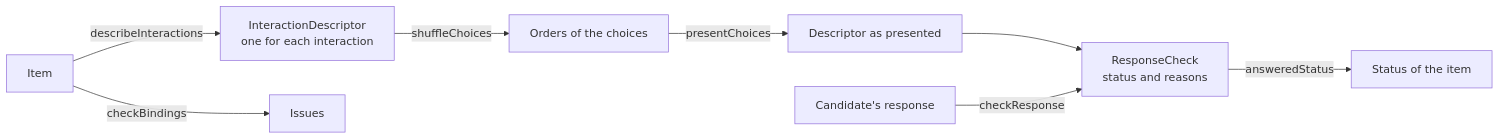
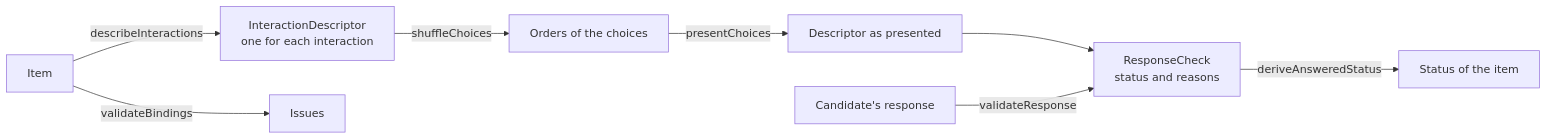
One commit to assesskit/assesskit changed the diagram in docs/runtime/interactions.md. Above: the diagram before and after it, drawn with Mermaid. The commit also changed other lines of this file and 285 other files, not shown here.

````diff
--- a/docs/runtime/interactions.md
+++ b/docs/runtime/interactions.md
@@ -8,16 +8,16 @@
 ```mermaid
 flowchart LR
   item["Item"]
   descriptors["InteractionDescriptor<br/>one for each interaction"]
   order["Orders of the choices"]
   presented["Descriptor as presented"]
   response["Candidate's response"]
   check["ResponseCheck<br/>status and reasons"]
   item -- "describeInteractions" --> descriptors
-  item -- "checkBindings" --> issues["Issues"]
+  item -- "validateBindings" --> issues["Issues"]
   descriptors -- "shuffleChoices" --> order
   order -- "presentChoices" --> presented
   presented --> check
-  response -- "checkResponse" --> check
-  check -- "answeredStatus" --> status["Status of the item"]
+  response -- "validateResponse" --> check
+  check -- "deriveAnsweredStatus" --> status["Status of the item"]
 ```
````
